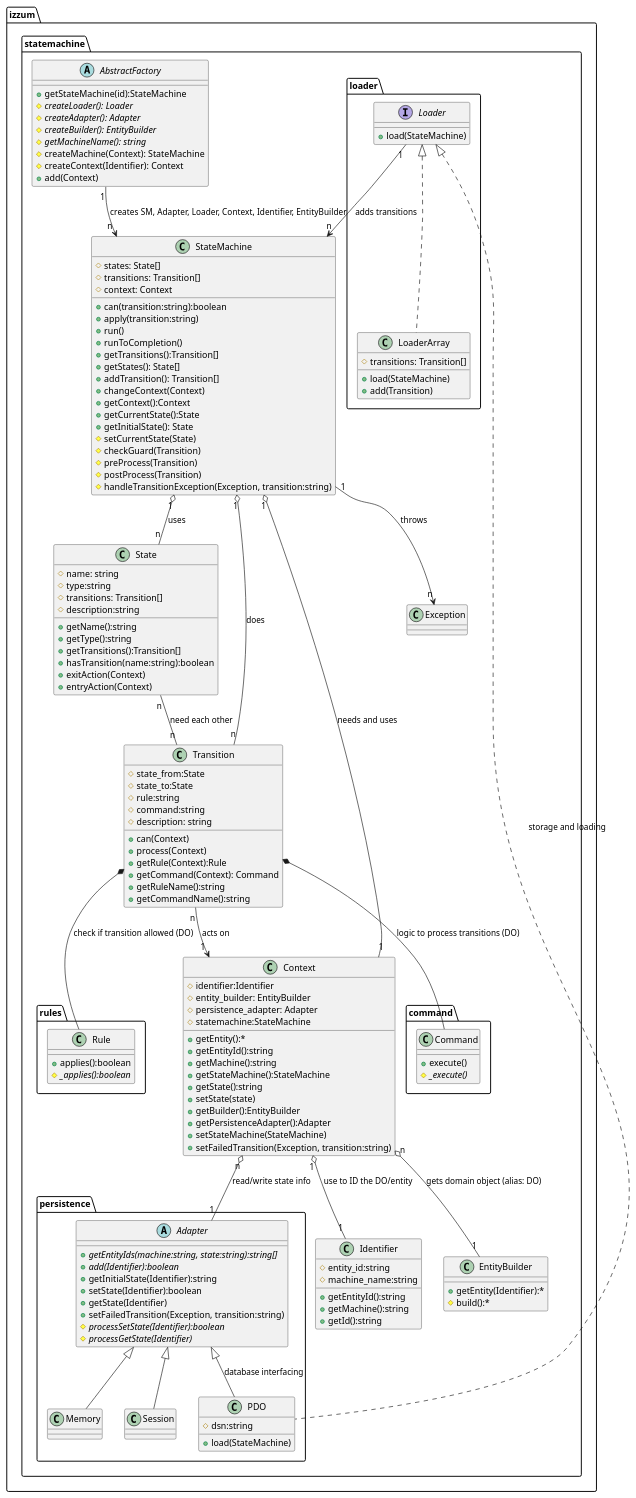
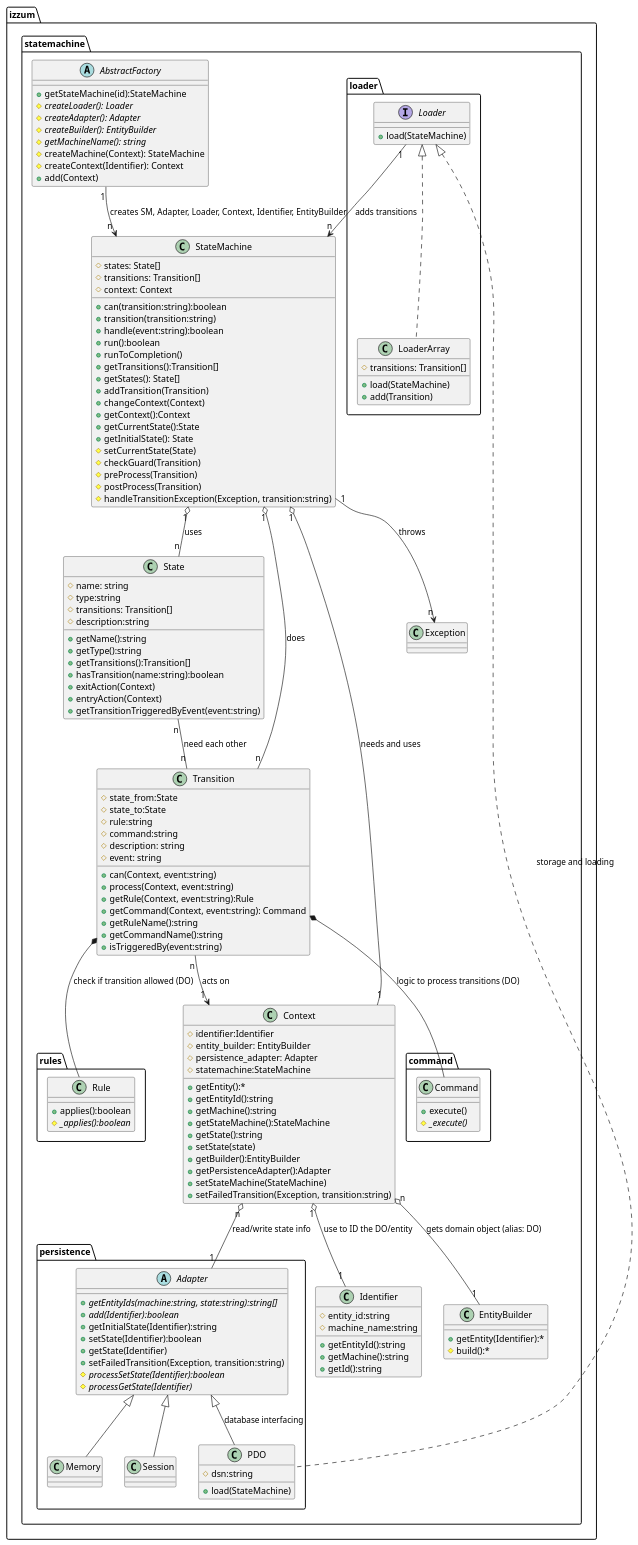
One commit to rolfvreijdenberger/izzum-statemachine changed the diagram in assets/uml/class_diagram_izzum.puml. Above: the diagram before and after it, drawn with PlantUML. The commit also changed 20 other files, not shown here.

```diff
--- a/assets/uml/class_diagram_izzum.puml
+++ b/assets/uml/class_diagram_izzum.puml
@@ -1,167 +1,171 @@
 @startuml
 
 package izzum.statemachine {
     Class StateMachine {
       # states: State[]
       # transitions: Transition[]
       # context: Context
       + can(transition:string):boolean
-      + apply(transition:string)
-      + run()
+      + transition(transition:string)
+      + handle(event:string):boolean
+      + run():boolean
       + runToCompletion()
       + getTransitions():Transition[]
       + getStates(): State[]
-      + addTransition(): Transition[]
+      + addTransition(Transition)
       + changeContext(Context)
       + getContext():Context
       + getCurrentState():State
       + getInitialState(): State
       # setCurrentState(State)
       # checkGuard(Transition)
       # preProcess(Transition)
       # postProcess(Transition)
       # handleTransitionException(Exception, transition:string)   
     }
     
     Class State {
         # name: string
         # type:string
         # transitions: Transition[]
         # description:string
         + getName():string
         + getType():string
         + getTransitions():Transition[]
         + hasTransition(name:string):boolean
         + exitAction(Context)
         + entryAction(Context)
+        + getTransitionTriggeredByEvent(event:string)
     }
     Class Transition {
         # state_from:State
         # state_to:State
         # rule:string
         # command:string
         # description: string
-        + can(Context)
-        + process(Context)
-        + getRule(Context):Rule
-        + getCommand(Context): Command
+        # event: string
+        + can(Context, event:string)
+        + process(Context, event:string)
+        + getRule(Context, event:string):Rule
+        + getCommand(Context, event:string): Command
         + getRuleName():string
         + getCommandName():string
+        + isTriggeredBy(event:string)
     }
     Class Context {
         # identifier:Identifier
         # entity_builder: EntityBuilder
         # persistence_adapter: Adapter
         # statemachine:StateMachine
         + getEntity():*
         + getEntityId():string
         + getMachine():string
         + getStateMachine():StateMachine
         + getState():string
         + setState(state)
         + getBuilder():EntityBuilder
         + getPersistenceAdapter():Adapter
         + setStateMachine(StateMachine)
         + setFailedTransition(Exception, transition:string)
     }
     
     Class Identifier {
     	# entity_id:string
     	# machine_name:string
     	+ getEntityId():string
     	+ getMachine():string
     	+ getId():string
     }
 
     Class EntityBuilder {
         + getEntity(Identifier):*
         # build():*
     }
     package persistence {
       abstract Class Adapter {
         + {abstract} getEntityIds(machine:string, state:string):string[]
         + {abstract} add(Identifier):boolean
         + getInitialState(Identifier):string
         + setState(Identifier):boolean
         + getState(Identifier)
         + setFailedTransition(Exception, transition:string)
         # {abstract} processSetState(Identifier):boolean
         # {abstract} processGetState(Identifier)
       }
 
       Class PDO {
         #dsn:string
         + load(StateMachine)
       }
 
       Class Memory {
 
       }
 
       Class Session {
 
       }
 
     }
 
         abstract Class AbstractFactory {
             + getStateMachine(id):StateMachine
             # {abstract} createLoader(): Loader
             # {abstract} createAdapter(): Adapter
             # {abstract} createBuilder(): EntityBuilder
             # {abstract} getMachineName(): string
             # createMachine(Context): StateMachine
             # createContext(Identifier): Context
             +add(Context)
         }
 
     package loader {
         Interface Loader {
           +load(StateMachine)
         }
         Class LoaderArray {
           # transitions: Transition[]
           + load(StateMachine)
           + add(Transition)
         }
     }
 
     Class Exception
 
     package command {
       Class Command {
         +execute()
         #{abstract}_execute()
       }
     }
 
     package rules {
       Class Rule {
         +applies():boolean
         #{abstract}_applies():boolean
       }
     }
 
 }
     StateMachine "1" o-- "n" State : uses
     StateMachine "1" o-- "n" Transition : does
     StateMachine "1" o-- "1" Context : needs and uses
     StateMachine "1" --> "n" Exception: throws
     Context "n" o-- "1" EntityBuilder : gets domain object (alias: DO)
     Context "n" o-- "1" Adapter : read/write state info
     Context "1" o-- "1" Identifier : use to ID the DO/entity
     State "n" -- "n" Transition : need each other
     Adapter <|-- Memory
     Adapter <|-- PDO : database interfacing
     Adapter <|-- Session
     Loader <|.. PDO : storage and loading
     Loader <|.. LoaderArray 
     Transition *-- Command : logic to process transitions (DO)
     Transition *-- Rule : check if transition allowed (DO)
     Transition "n" --> "1" Context : acts on
     AbstractFactory "1" --> "n" StateMachine: creates SM, Adapter, Loader, Context, Identifier, EntityBuilder
     Loader "1" --> "n" StateMachine : adds transitions
 
 
 
 @enduml
```
